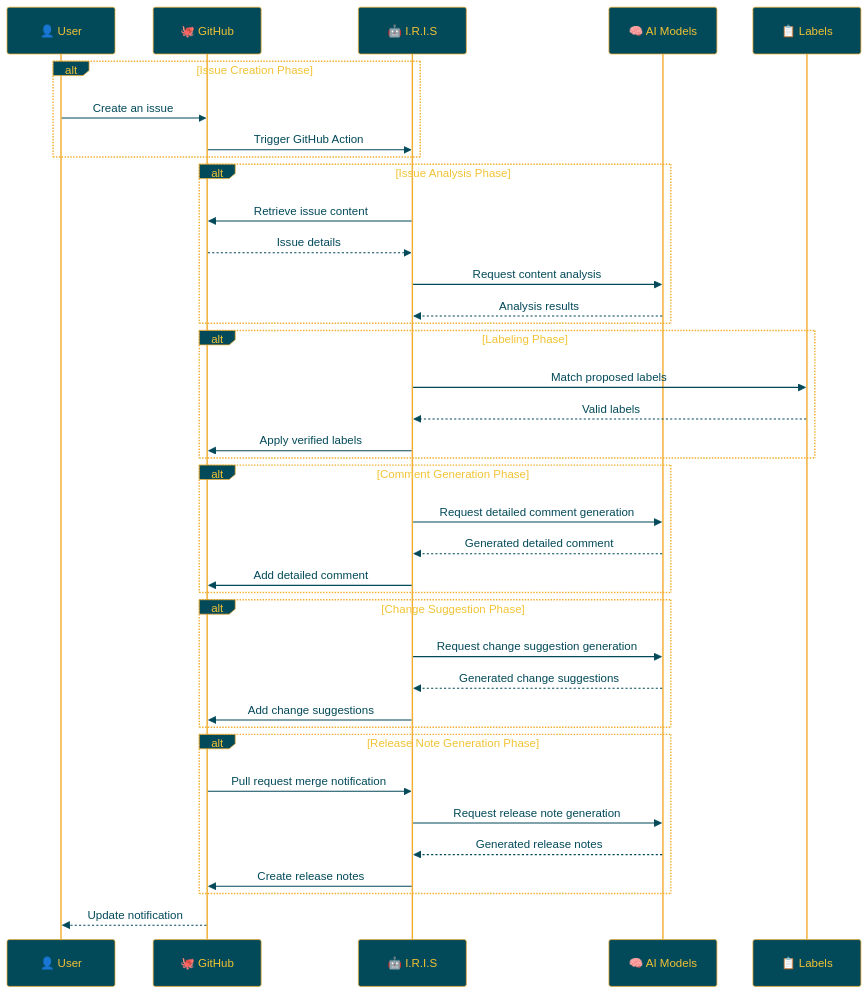
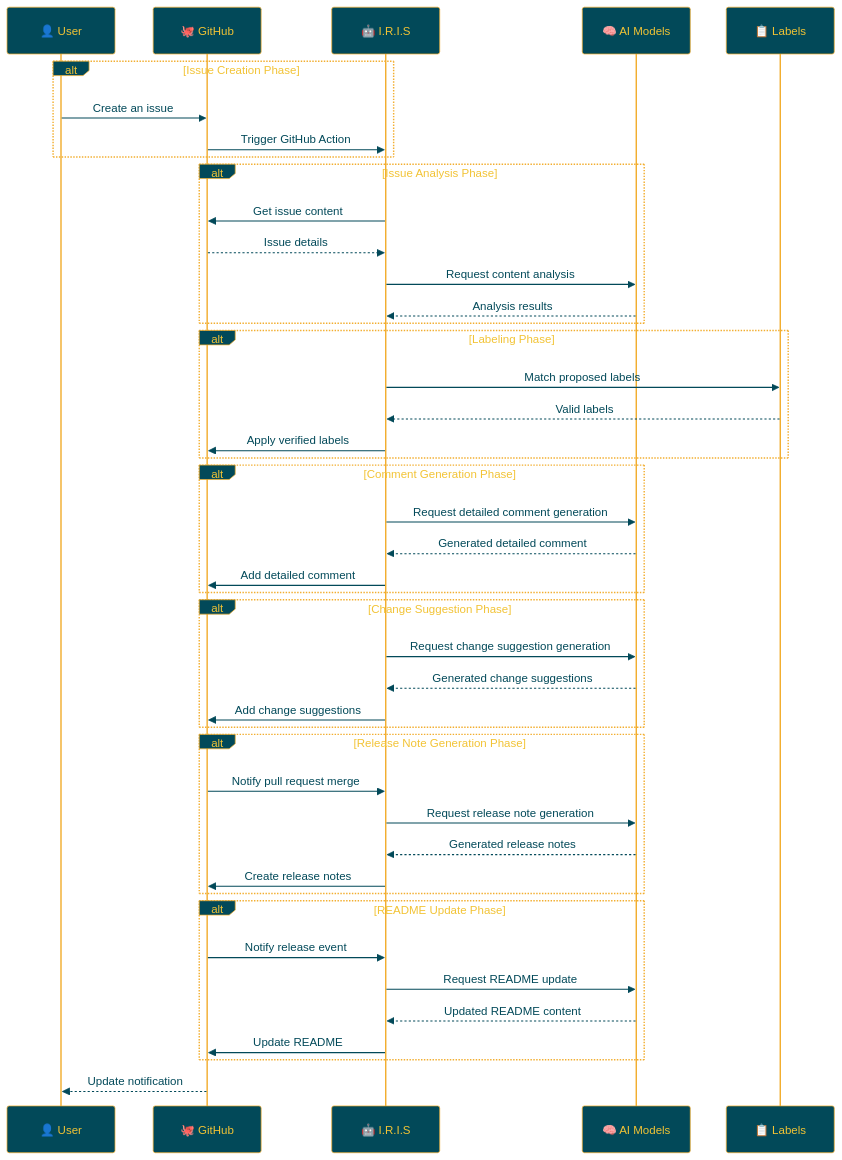
Before and after one commit to Sunwood-ai-labs/IRIS: the diagram in docs/README.en.md, drawn with Mermaid. The commit also changed other lines of this file, not shown here.

````diff
--- a/docs/README.en.md
+++ b/docs/README.en.md
@@ -131,49 +143,56 @@
 ```mermaid
 %%{init:{'theme':'base','themeVariables':{'primaryColor':'#024959','primaryTextColor':'#F2C335','primaryBorderColor':'#F2AE30','lineColor':'#A1A2A6','secondaryColor':'#593E25','tertiaryColor':'#F2C335','noteTextColor':'#024959','noteBkgColor':'#F2C335','textColor':'#024959','fontSize':'18px'}}}%%
 
 sequenceDiagram
     participant User as 👤 User
     participant GitHub as 🐙 GitHub
     participant IRIS as 🤖 I.R.I.S
     participant AI as 🧠 AI Models
     participant Labels as 📋 Labels
 
     alt Issue Creation Phase
         User->>GitHub: Create an issue
         GitHub->>IRIS: Trigger GitHub Action
     end
 
     alt Issue Analysis Phase
-        IRIS->>GitHub: Retrieve issue content
+        IRIS->>GitHub: Get issue content
         GitHub-->>IRIS: Issue details
         IRIS->>AI: Request content analysis
         AI-->>IRIS: Analysis results
     end
 
     alt Labeling Phase
         IRIS->>Labels: Match proposed labels
         Labels-->>IRIS: Valid labels
         IRIS->>GitHub: Apply verified labels
     end
 
     alt Comment Generation Phase
         IRIS->>AI: Request detailed comment generation
         AI-->>IRIS: Generated detailed comment
         IRIS->>GitHub: Add detailed comment
     end
 
     alt Change Suggestion Phase
         IRIS->>AI: Request change suggestion generation
         AI-->>IRIS: Generated change suggestions
         IRIS->>GitHub: Add change suggestions
     end
 
     alt Release Note Generation Phase
-        GitHub->>IRIS: Pull request merge notification
+        GitHub->>IRIS: Notify pull request merge
         IRIS->>AI: Request release note generation
         AI-->>IRIS: Generated release notes
         IRIS->>GitHub: Create release notes
     end
 
+    alt README Update Phase
+        GitHub->>IRIS: Notify release event
+        IRIS->>AI: Request README update
+        AI-->>IRIS: Updated README content
+        IRIS->>GitHub: Update README
+    end
+
     GitHub-->>User: Update notification
 ```
````
